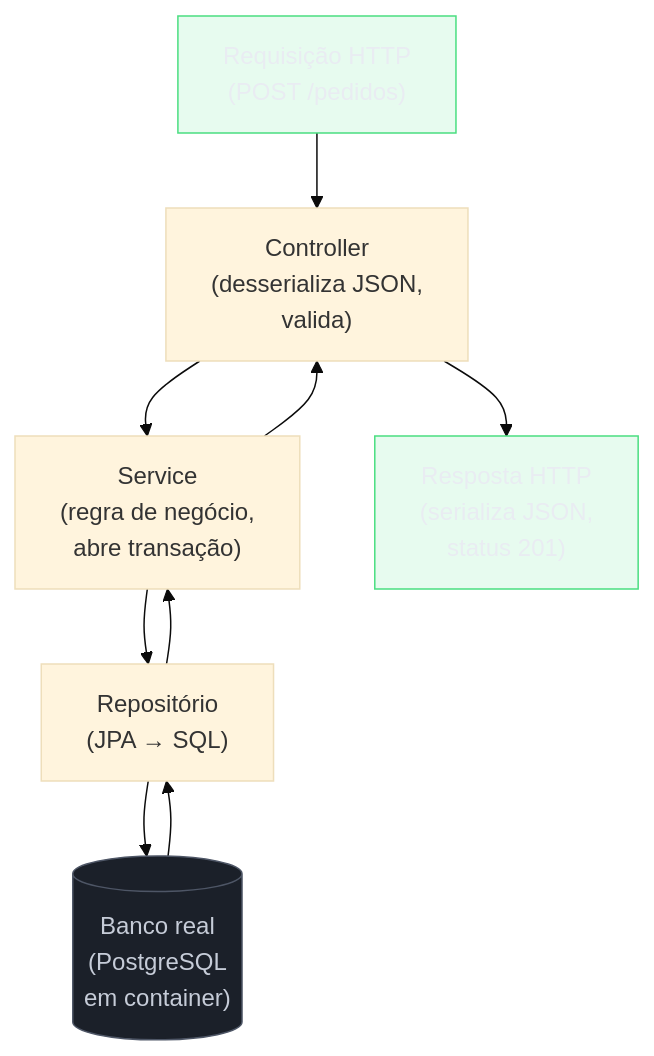
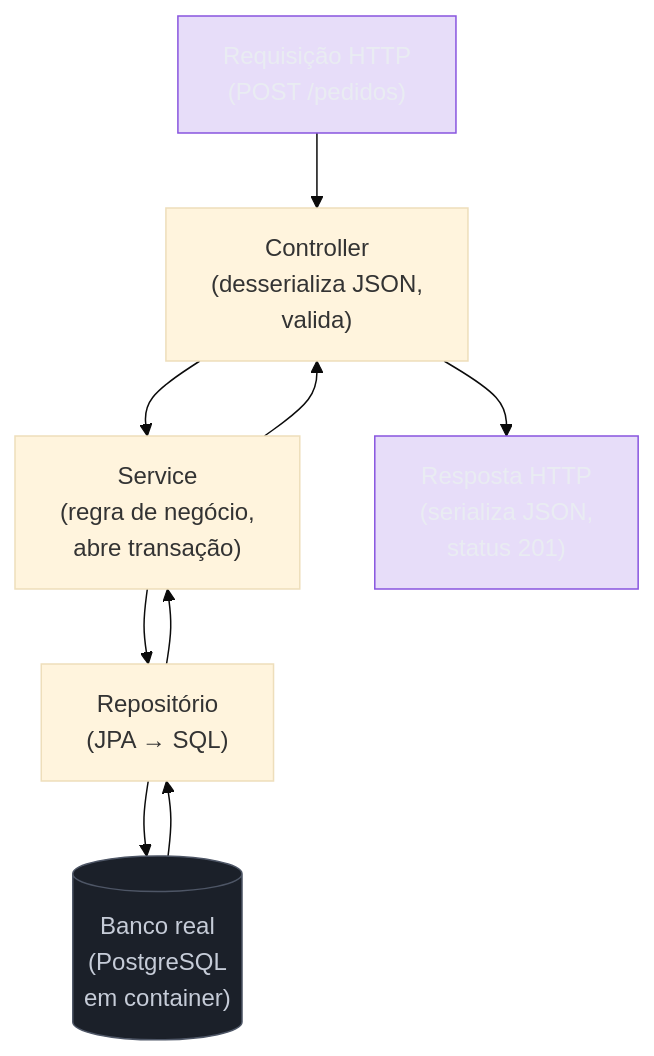
One commit to josenaldo/codex-technomanticus changed the first of 6 diagrams in 03-Dominios/Engenharia/Testes/07 - Testes de integração.md. Above: the diagram before and after it, drawn with Mermaid (base theme). The commit also changed other lines of this file and 601 other files, not shown here.

````diff
--- a/03-Dominios/Engenharia/Testes/07 - Testes de integração.md
+++ b/03-Dominios/Engenharia/Testes/07 - Testes de integração.md
@@ -69,17 +69,17 @@
 ```mermaid
 flowchart TD
+    classDef marca fill:#8855DF33,stroke:#8855DF,color:#E9ECF2
     classDef neutro fill:#1B2029,stroke:#4E5666,color:#C6CCD8
-    classDef ok fill:#4ADE8021,stroke:#4ADE80,color:#E9ECF2
     REQ["Requisição HTTP\n(POST /pedidos)"] --> CTRL["Controller\n(desserializa JSON,\nvalida)"]
     CTRL --> SVC["Service\n(regra de negócio,\nabre transação)"]
     SVC --> REPO["Repositório\n(JPA → SQL)"]
     REPO --> DB[("Banco real\n(PostgreSQL\nem container)")]
     DB --> REPO
     REPO --> SVC
     SVC --> CTRL
     CTRL --> RESP["Resposta HTTP\n(serializa JSON,\nstatus 201)"]
 
     class DB neutro
-    class REQ ok
-    class RESP ok
+    class REQ marca
+    class RESP marca
 ```
````
